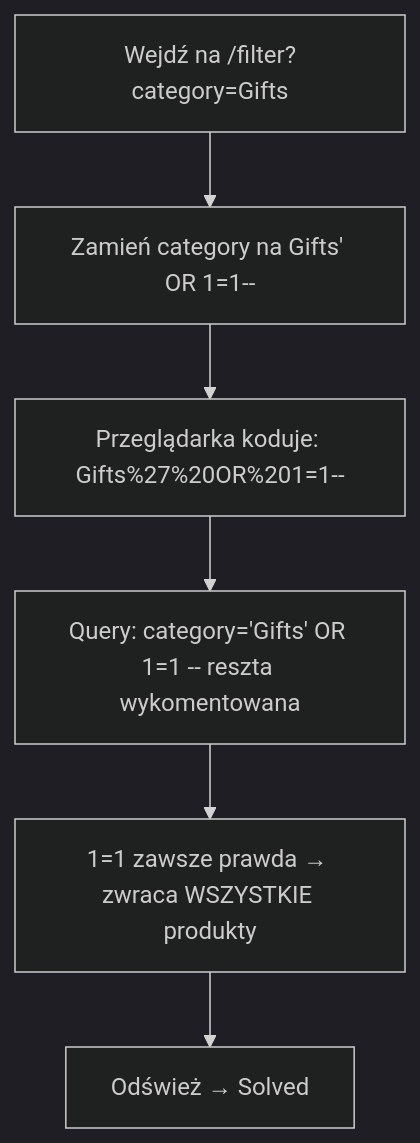
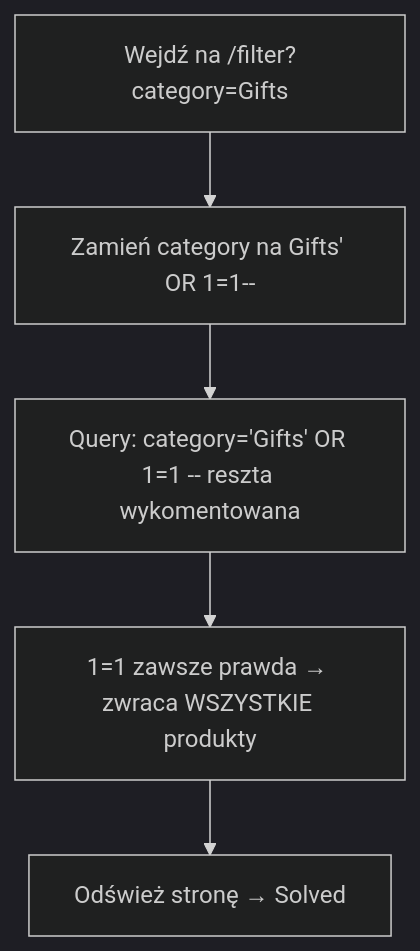
Before and after one commit to DrCondor/portswigger-labs: the diagram in sql-injection/01-where-clause-hidden-data.md, drawn with Mermaid (dark theme). The commit also changed other lines of this file and 2 other files, not shown here.

````diff
--- a/sql-injection/01-where-clause-hidden-data.md
+++ b/sql-injection/01-where-clause-hidden-data.md
@@ -78,8 +40,7 @@
 ```mermaid
 flowchart TD
     A[Wejdź na /filter?category=Gifts] --> B[Zamień category na Gifts' OR 1=1--]
-    B --> C[Przeglądarka koduje: Gifts%27%20OR%201=1--]
-    C --> D[Query: category='Gifts' OR 1=1 -- reszta wykomentowana]
-    D --> E[1=1 zawsze prawda → zwraca WSZYSTKIE produkty]
-    E --> F[Odśwież → Solved]
+    B --> C["Query: category='Gifts' OR 1=1 -- reszta wykomentowana"]
+    C --> D[1=1 zawsze prawda → zwraca WSZYSTKIE produkty]
+    D --> E[Odśwież stronę → Solved]
 ```
````
